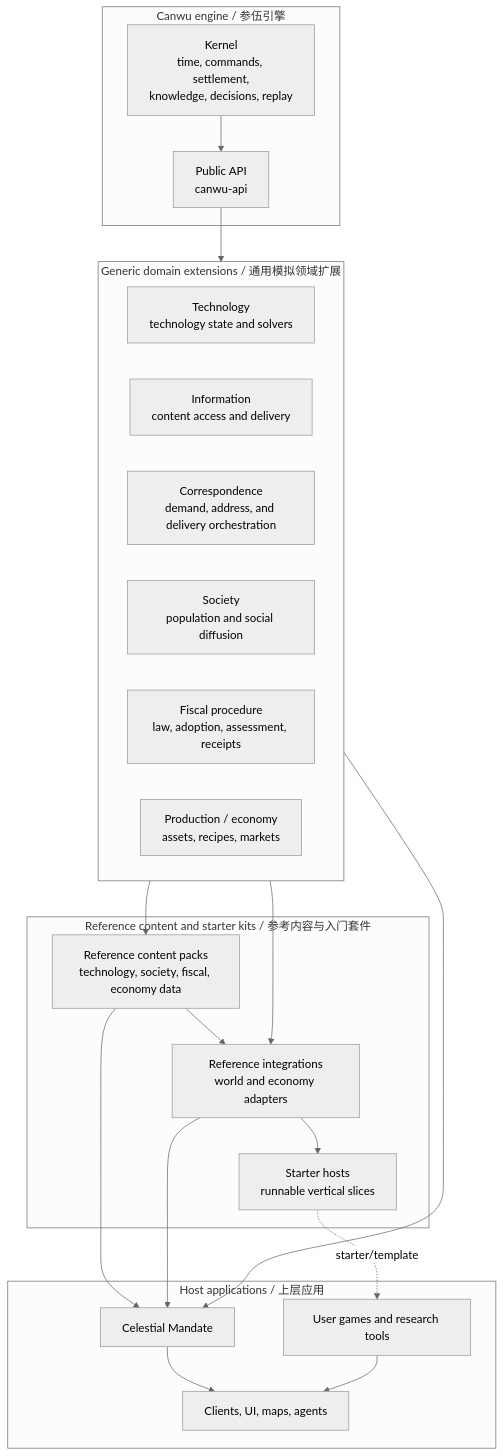
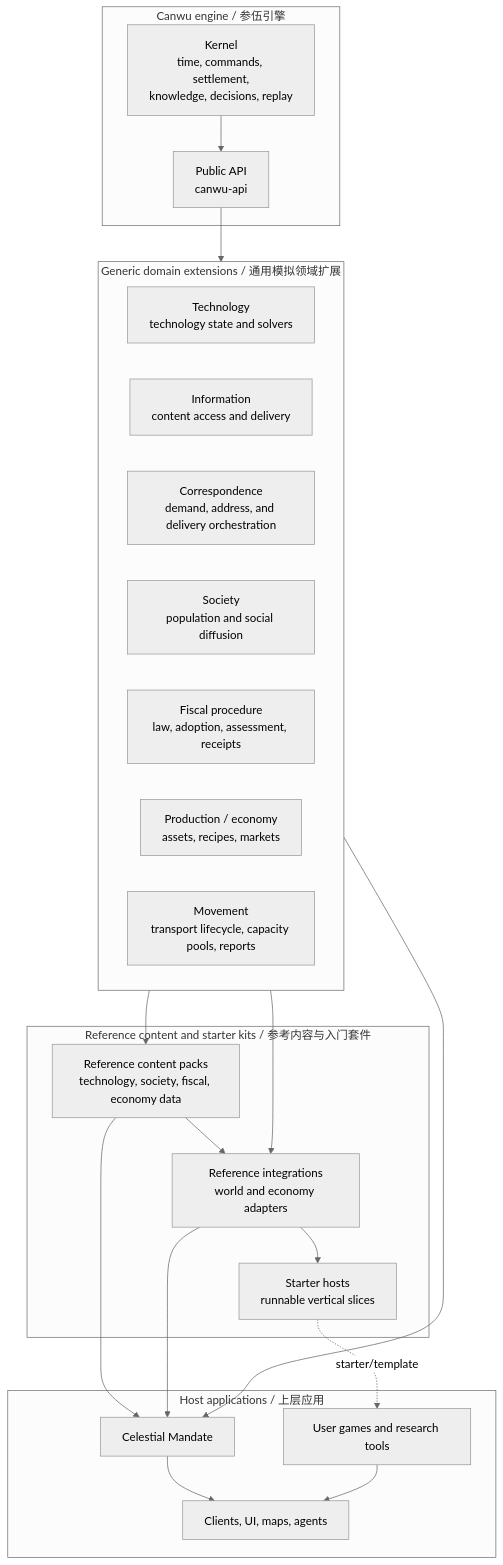
One commit to PeiyuanQi/canwu changed the fourth of 6 diagrams in docs/architecture.md. Above: the diagram before and after it, drawn with Mermaid (neutral theme). The commit also changed other lines of this file and 158 other files, not shown here.

````diff
--- a/docs/architecture.md
+++ b/docs/architecture.md
@@ -266,41 +279,42 @@
 ```mermaid
 flowchart TB
     subgraph Engine["Canwu engine / 参伍引擎"]
         Core["Kernel<br/>time, commands, settlement,<br/>knowledge, decisions, replay"]
         Api["Public API<br/>canwu-api"]
         Core --> Api
     end
 
     subgraph Domains["Generic domain extensions / 通用模拟领域扩展"]
         Tech["Technology<br/>technology state and solvers"]
         Info["Information<br/>content access and delivery"]
         Correspondence["Correspondence<br/>demand, address, and delivery orchestration"]
         Society["Society<br/>population and social diffusion"]
         Fiscal["Fiscal procedure<br/>law, adoption, assessment, receipts"]
         Production["Production / economy<br/>assets, recipes, markets"]
+        Movement["Movement<br/>transport lifecycle, capacity pools, reports"]
     end
 
     subgraph Kits["Reference content and starter kits / 参考内容与入门套件"]
         Packs["Reference content packs<br/>technology, society, fiscal, economy data"]
         Integrations["Reference integrations<br/>world and economy adapters"]
         Starters["Starter hosts<br/>runnable vertical slices"]
         Packs --> Integrations
         Integrations --> Starters
     end
 
     subgraph Apps["Host applications / 上层应用"]
         CM["Celestial Mandate"]
         UserGames["User games and research tools"]
         Clients["Clients, UI, maps, agents"]
         CM --> Clients
         UserGames --> Clients
     end
 
     Api --> Domains
     Domains --> Packs
     Domains --> Integrations
     Starters -. "starter/template" .-> UserGames
     Packs --> CM
     Integrations --> CM
     Domains --> CM
 ```
````
